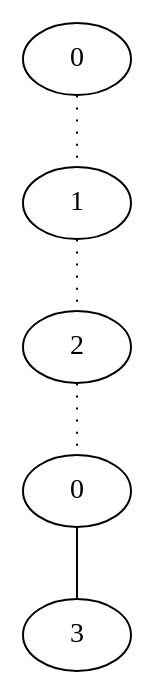
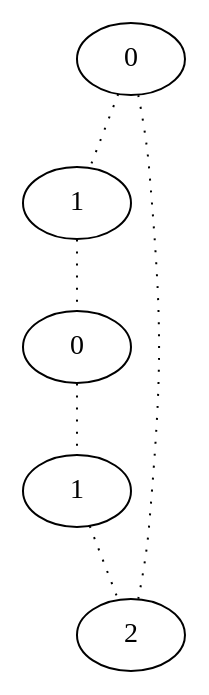
One commit to d1laj/Stage-M2 changed the diagram in TestPathsv1/result/5.dot. Above: the diagram before and after it, drawn with Graphviz. The commit also changed 12 other files, not shown here.

```diff
--- a/TestPathsv1/result/5.dot
+++ b/TestPathsv1/result/5.dot
@@ -1,11 +1,12 @@
 graph {
 a[label=0]
 b[label=1]
-c[label=2]
-d[label=0]
-e[label=3]
+c[label=0]
+d[label=1]
+e[label=2]
 a -- b [style=dotted];
 b -- c [style=dotted];
 c -- d [style=dotted];
-d -- e;
+d -- e [style=dotted];
+a -- e [style=dotted];
 }
```
